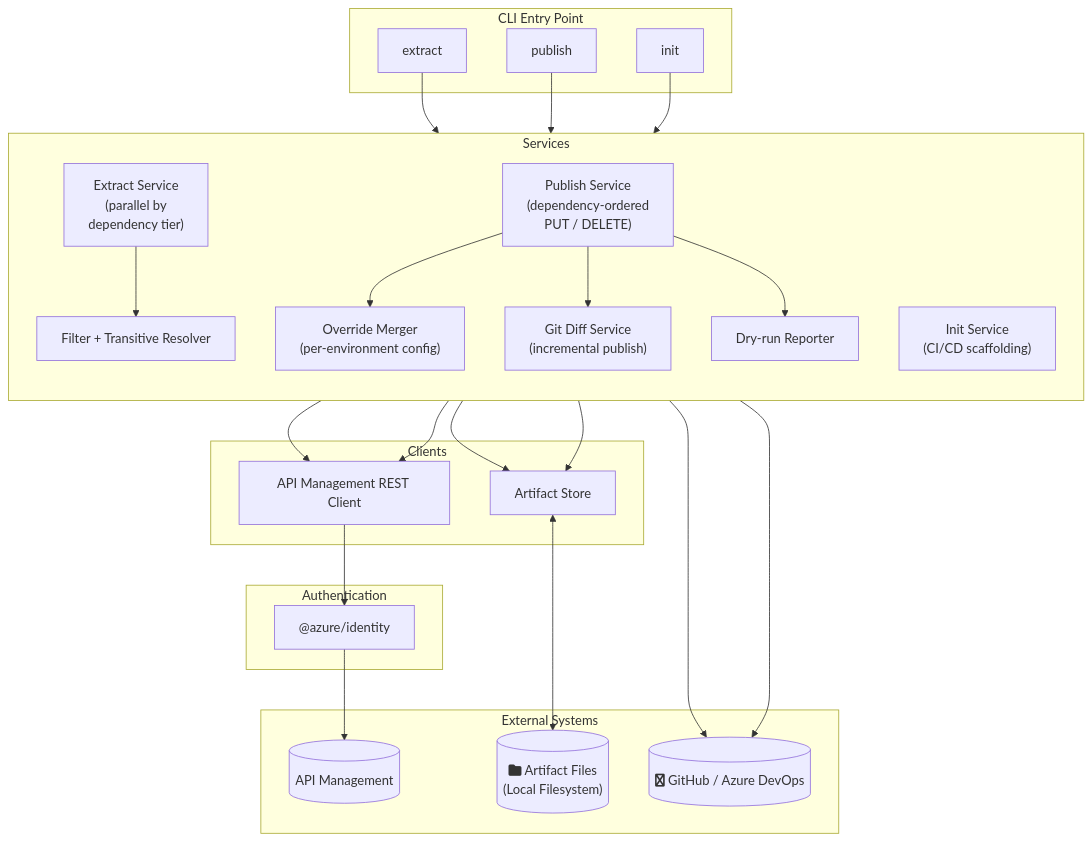
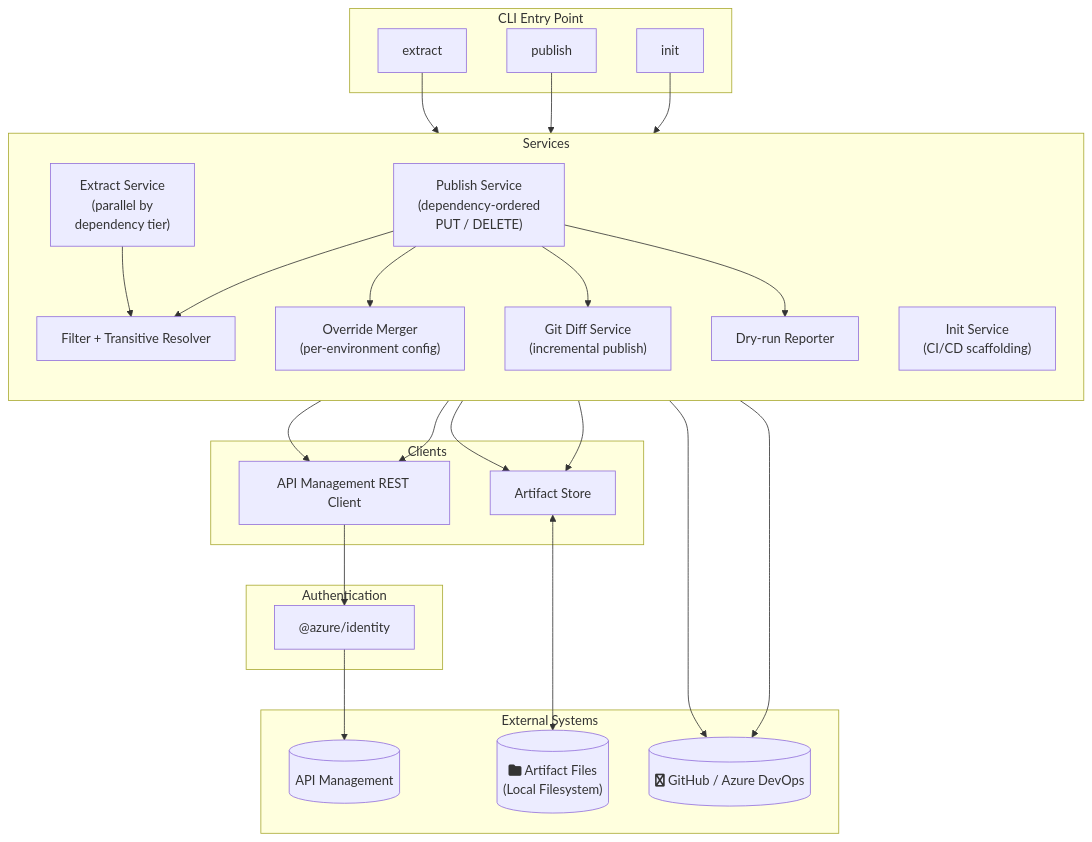
One commit to Azure/apiops-cli changed the second of 2 diagrams in docs/architecture.md. Above: the diagram before and after it, drawn with Mermaid. The commit also changed 24 other files, not shown here.

````diff
--- a/docs/architecture.md
+++ b/docs/architecture.md
@@ -68,56 +68,57 @@
 ```mermaid
 flowchart TB
     subgraph entrypoint["CLI Entry Point"]
         extract_cmd["extract"]
         publish_cmd["publish"]
         init_cmd["init"]
     end
 
     subgraph services["Services"]
         direction TB
         extract_svc["Extract Service<br/>(parallel by <br/>dependency tier)"]
         filter_svc["Filter + Transitive Resolver"]
 
         publish_svc["Publish Service<br/>(dependency-ordered <br/>PUT / DELETE)"]
         override_svc["Override Merger<br/>(per-environment config)"]
         git_svc["Git Diff Service<br/>(incremental publish)"]
         dry_svc["Dry-run Reporter"]
 
         init_svc["Init Service<br/>(CI/CD scaffolding)"]
     end
 
     subgraph clients["Clients"]
         apim_client["API Management REST Client"]
         store["Artifact Store"]
     end
 
     subgraph auth["Authentication"]
         auth_pkg["@azure/identity"]
     end
 
     subgraph external["External Systems"]
         azure_apim[("API Management")]
         local_files[("fa:fa-folder Artifact Files<br/>(Local Filesystem)")]
         git_repo[("fa:fa-github GitHub / Azure DevOps")]
     end
 
     extract_cmd --> extract_svc
     publish_cmd --> publish_svc
     init_cmd --> init_svc
 
     extract_svc --> filter_svc
     extract_svc --> apim_client
     extract_svc --> store
 
+    publish_svc --> filter_svc
     publish_svc --> override_svc
     publish_svc --> git_svc
     publish_svc --> dry_svc
     publish_svc --> apim_client
     publish_svc --> store
 
     apim_client --> auth_pkg
     auth_pkg --> azure_apim
     store <--> local_files
     git_svc --> git_repo
     init_svc --> git_repo
 ```
````
